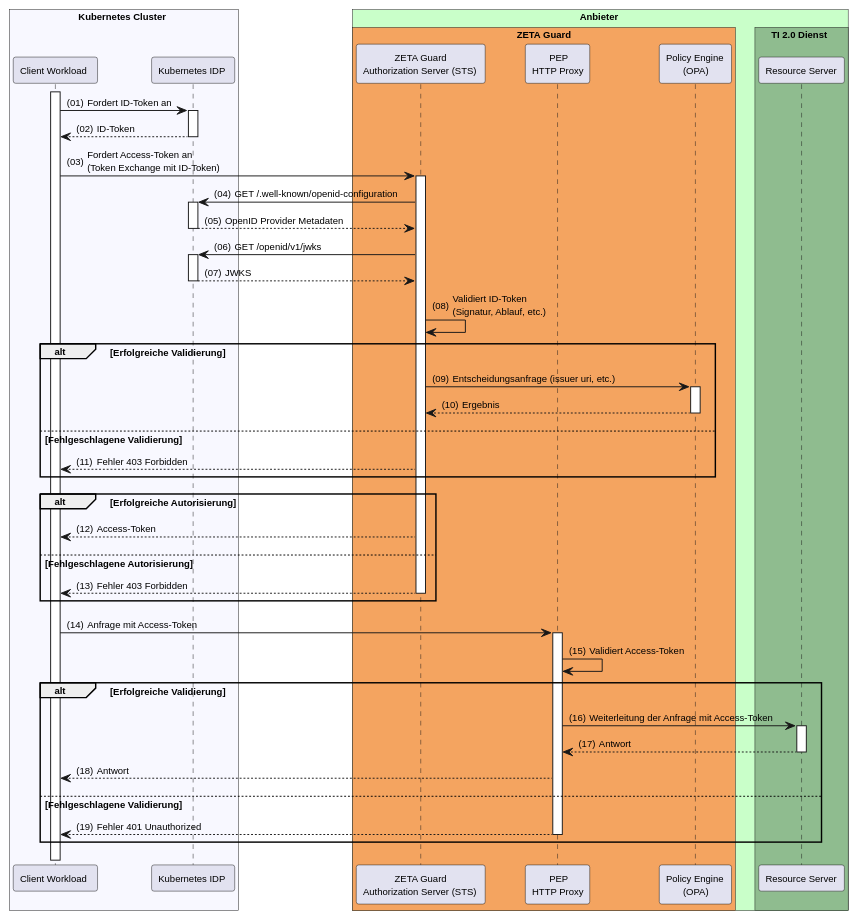
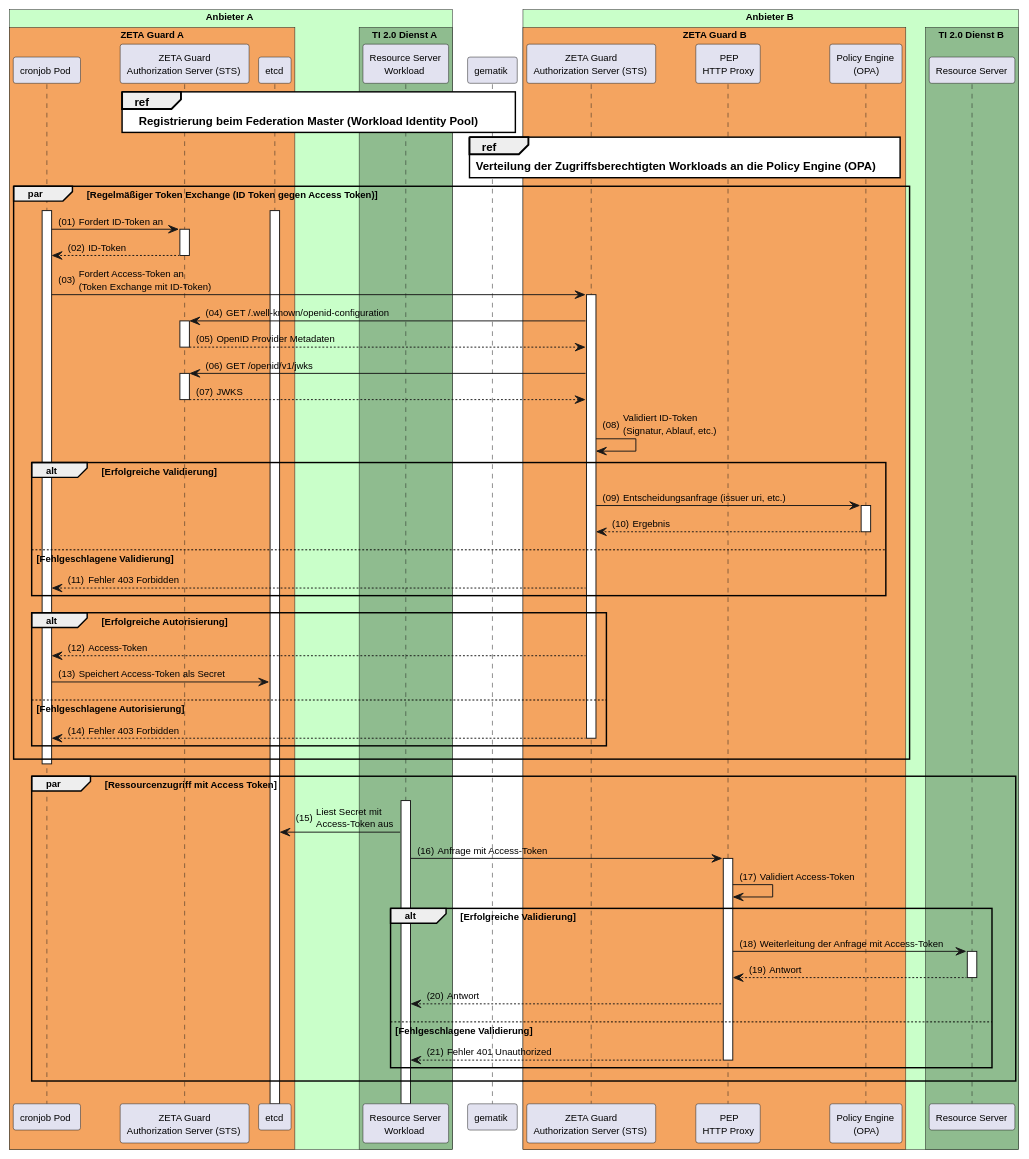
One commit to gematik/zeta changed the diagram in src/plantuml/zeta-workload-identity-federation/zeta-workload-identity-federation.puml. Above: the diagram before and after it, drawn with PlantUML.

Commit message:
Refactor PlantUML diagram for Zeta Workload Identity Federation; update participant boxes and streamline token exchange process

```diff
--- a/src/plantuml/zeta-workload-identity-federation/zeta-workload-identity-federation.puml
+++ b/src/plantuml/zeta-workload-identity-federation/zeta-workload-identity-federation.puml
@@ -1,62 +1,82 @@
 @startuml "zeta-workload-identity-federation"
 
 autonumber "(00)"
 skinparam defaultFontSize 10
 skinparam defaultFontName Helvetica
 skinparam DefaultMonospacedFontName Courier
 skinparam lengthAdjust none
 skinparam sequenceReferenceBackgroundColor White
 skinparam SequenceReferenceFontSize 12
 
 !pragma teoz true
 
-box "Kubernetes Cluster" #GhostWhite
-  participant "Client Workload" as Client
-  participant "Kubernetes IDP" as K8sIDP
+box "Anbieter A" #TECHNOLOGY
+  box "ZETA Guard A" #SandyBrown
+    participant "cronjob Pod" as cronjobClient
+    participant "ZETA Guard\nAuthorization Server (STS)" as AuthS
+    participant "etcd" as etcd
+  end box
+    box "TI 2.0 Dienst A" #DarkSeaGreen
+        participant "Resource Server\nWorkload" as workloadClient
+    end box
 end box
 
-box "Anbieter" #TECHNOLOGY
-  box "ZETA Guard" #SandyBrown
+participant "gematik" as gem
+
+box "Anbieter B" #TECHNOLOGY
+  box "ZETA Guard B" #SandyBrown
     participant "ZETA Guard\nAuthorization Server (STS)" as ZetaSTS
     participant "PEP\nHTTP Proxy" as HP
     participant "Policy Engine\n(OPA)" as OPA
   end box
-    box TI 2.0 Dienst #DarkSeaGreen
+    box "TI 2.0 Dienst B" #DarkSeaGreen
         participant "Resource Server" as ResourceServer
     end box
 end box
 
-activate Client
-Client -> K8sIDP++: Fordert ID-Token an
-K8sIDP --> Client--: ID-Token
+ref over AuthS, gem: **Registrierung beim Federation Master (Workload Identity Pool)**
 
-Client -> ZetaSTS++: Fordert Access-Token an\n(Token Exchange mit ID-Token)
-ZetaSTS -> K8sIDP++:  GET /.well-known/openid-configuration
-K8sIDP --> ZetaSTS--: OpenID Provider Metadaten
-ZetaSTS -> K8sIDP++:  GET /openid/v1/jwks
-K8sIDP --> ZetaSTS--: JWKS
-ZetaSTS -> ZetaSTS: Validiert ID-Token\n(Signatur, Ablauf, etc.)
-alt Erfolgreiche Validierung
-  ZetaSTS -> OPA++: Entscheidungsanfrage (issuer uri, etc.)
-  OPA --> ZetaSTS--: Ergebnis
-else Fehlgeschlagene Validierung
-  ZetaSTS --> Client: Fehler 403 Forbidden
+ref over gem, OPA: **Verteilung der Zugriffsberechtigten Workloads an die Policy Engine (OPA)**
+
+par Regelmäßiger Token Exchange (ID Token gegen Access Token)
+  etcd++
+  cronjobClient++
+  cronjobClient -> AuthS++: Fordert ID-Token an
+  AuthS --> cronjobClient--: ID-Token
+
+  cronjobClient -> ZetaSTS++: Fordert Access-Token an\n(Token Exchange mit ID-Token)
+  ZetaSTS -> AuthS++:  GET /.well-known/openid-configuration
+  AuthS --> ZetaSTS--: OpenID Provider Metadaten
+  ZetaSTS -> AuthS++:  GET /openid/v1/jwks
+  AuthS --> ZetaSTS--: JWKS
+  ZetaSTS -> ZetaSTS: Validiert ID-Token\n(Signatur, Ablauf, etc.)
+  alt Erfolgreiche Validierung
+    ZetaSTS -> OPA++: Entscheidungsanfrage (issuer uri, etc.)
+    OPA --> ZetaSTS--: Ergebnis
+  else Fehlgeschlagene Validierung
+    ZetaSTS --> cronjobClient: Fehler 403 Forbidden
+  end
+  alt Erfolgreiche Autorisierung
+      ZetaSTS --> cronjobClient: Access-Token
+      cronjobClient -> etcd: Speichert Access-Token als Secret
+  else Fehlgeschlagene Autorisierung
+      ZetaSTS --> cronjobClient--: Fehler 403 Forbidden
+  end
+  cronjobClient--
 end
-alt Erfolgreiche Autorisierung
-    ZetaSTS --> Client: Access-Token
-else Fehlgeschlagene Autorisierung
-    ZetaSTS --> Client--: Fehler 403 Forbidden
+par Ressourcenzugriff mit Access Token
+  workloadClient++
+  workloadClient -> etcd: Liest Secret mit\nAccess-Token aus
+  workloadClient -> HP++: Anfrage mit Access-Token
+  HP -> HP: Validiert Access-Token
+   alt Erfolgreiche Validierung
+    HP -> ResourceServer++: Weiterleitung der Anfrage mit Access-Token
+    ResourceServer --> HP--: Antwort
+    HP --> workloadClient: Antwort
+   else Fehlgeschlagene Validierung
+      HP --> workloadClient--: Fehler 401 Unauthorized
+   end
+
+  deactivate cronjobClient
 end
-
-Client -> HP++: Anfrage mit Access-Token
-HP -> HP: Validiert Access-Token
- alt Erfolgreiche Validierung
-  HP -> ResourceServer++: Weiterleitung der Anfrage mit Access-Token
-  ResourceServer --> HP--: Antwort
-  HP --> Client: Antwort
- else Fehlgeschlagene Validierung
-    HP --> Client--: Fehler 401 Unauthorized
- end
-
-deactivate Client
 @enduml
```
